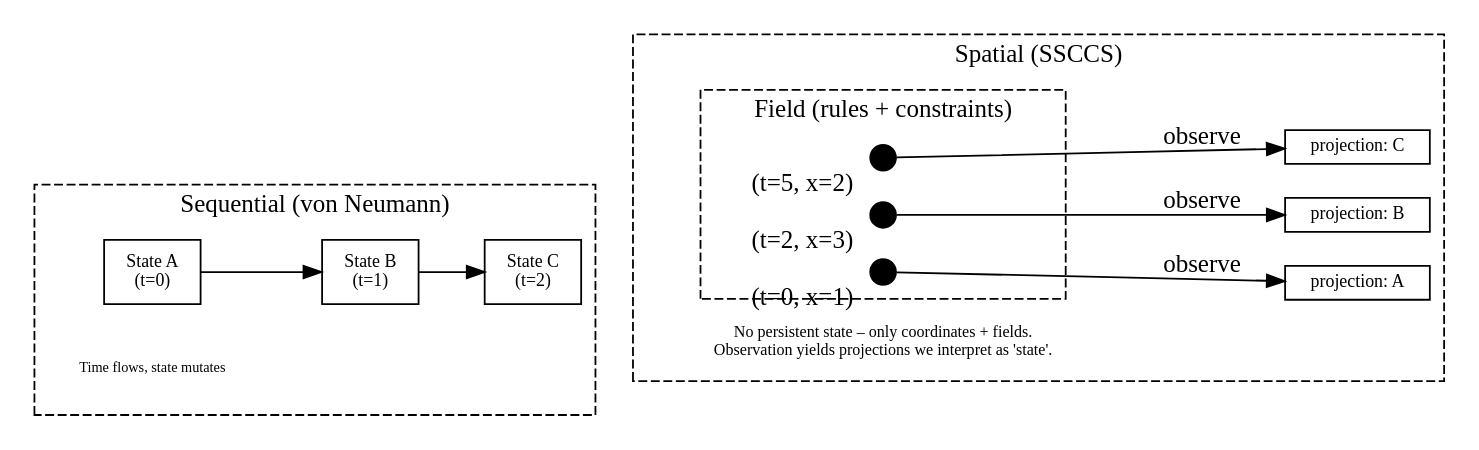
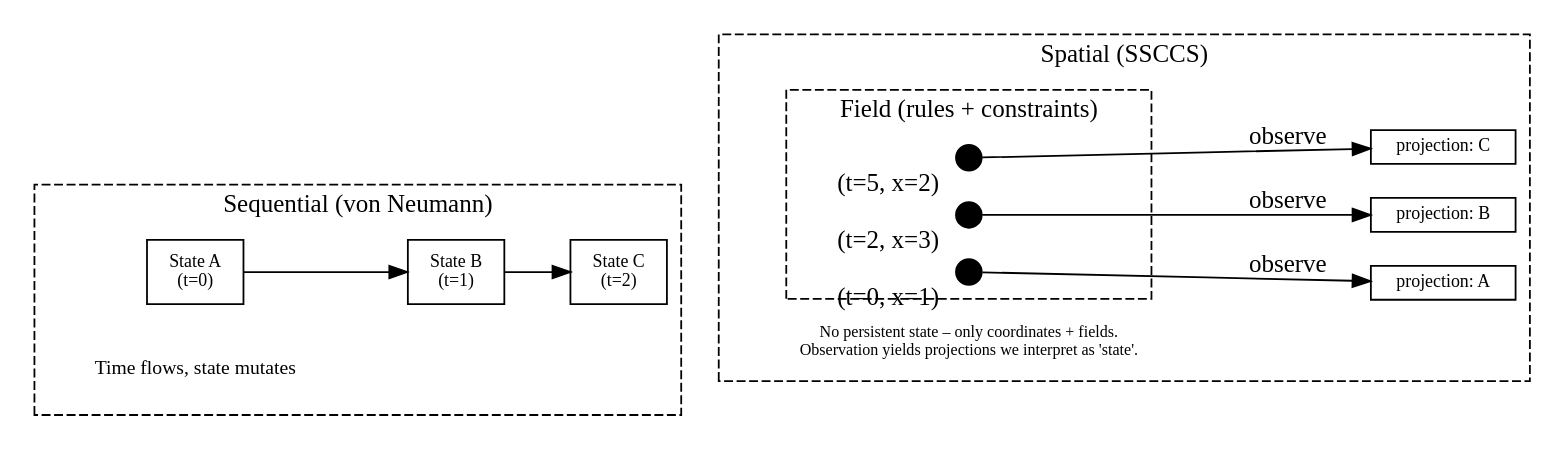
One commit to ssccsorg/ssccs changed the fourth of 8 diagrams in docs/Whitepaper.qmd. Above: the diagram before and after it, drawn with Graphviz. The commit also changed other lines of this file and 3 other files, not shown here.

Commit message:
wp: enhance ssccs model diagram part

````diff
--- a/docs/Whitepaper.qmd
+++ b/docs/Whitepaper.qmd
@@ -371,66 +556,66 @@
 ```{dot}
 //| label: fig-time-coordinate
 //| fig-cap: "Time as a coordinate axis"
 digraph SSCCS_Comparison {
     rankdir=LR;
  
     // Sequential cluster (left)
     subgraph cluster_sequential {
         label="Sequential (von Neumann)";
         labelloc=t;
         style=dashed;
         node [shape=box, fontsize=10];
         edge [arrowhead=normal];
         
         s0 [label="State A\n(t=0)"];
         s1 [label="State B\n(t=1)"];
         s2 [label="State C\n(t=2)"];
         
         s0 -> s1 -> s2;
         
-        note_seq [shape=plaintext, label="Time flows, state mutates", fontsize=8];
+        note_seq [shape=plaintext, label="Time flows, state mutates", fontsize=11];
     }
 
     // Spatial cluster (right)
     subgraph cluster_spatial {
         label="Spatial (SSCCS)";
         labelloc=t;
         style=dashed;
         
         // Scheme‑segments (coordinates in space‑time)
         node [shape=point, width=0.2, height=0.2];
         p0 [xlabel="(t=0, x=1)"];
         p1 [xlabel="(t=2, x=3)"];
         p2 [xlabel="(t=5, x=2)"];
 
         // Field – drawn as a rectangle around points (using a subgraph)
         subgraph cluster_field {
             label="Field (rules + constraints)";
             style=dashed;
             color=black;
             node [shape=point];  // keep points inside
             p0; p1; p2;
         }
 
         // Observation events – projections
         node [shape=box, fontsize=10];
         proj0 [label="projection: A"];
         proj1 [label="projection: B"];
         proj2 [label="projection: C"];
 
         // Observation arrows
         edge [arrowhead=normal, style=solid, label="observe"];
         p0 -> proj0;
         p1 -> proj1;
         p2 -> proj2;
 
         // No arrows between scheme‑segments
         note_spatial [shape=plaintext, fontsize=9, label=
             "No persistent state – only coordinates + fields.\nObservation yields projections we interpret as 'state'."];
     }
 
     // Invisible edge to align clusters horizontally (optional)
     edge [style=invis];
     s2 -> p0;
 }
 ```
````
